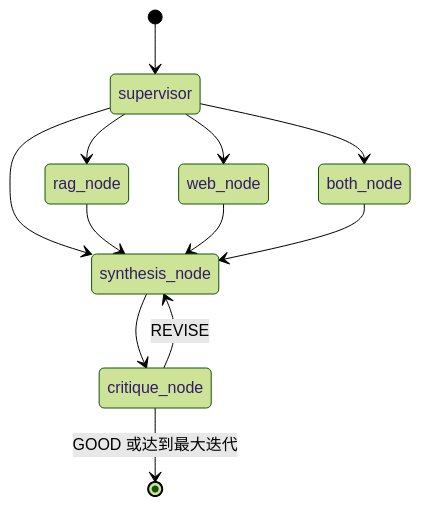
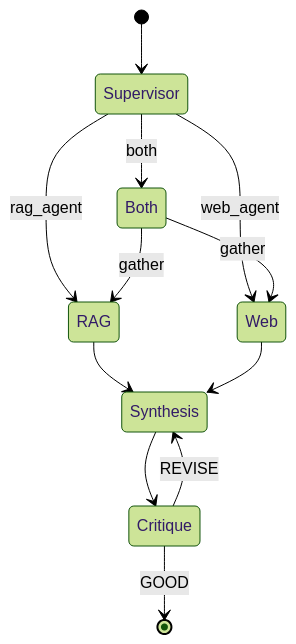
The sixth of 16 diagrams in docs/omnirag_learning_doc.md (asfhkkkvh/agent), drawn with Mermaid (forest theme) before and after one commit. The commit also changed other lines of this file and 23 other files, not shown here.

First line of the commit message:
feat: LLM 迁移智谱 GLM + 移除知识图谱 + RAGAS 改轻量评估

````diff
--- a/docs/omnirag_learning_doc.md
+++ b/docs/omnirag_learning_doc.md
@@ -552,14 +605,14 @@
 ```mermaid
 stateDiagram-v2
-    [*] --> supervisor
-    supervisor --> rag_node
-    supervisor --> web_node
-    supervisor --> both_node
-    supervisor --> synthesis_node
-    rag_node --> synthesis_node
-    web_node --> synthesis_node
-    both_node --> synthesis_node
-    synthesis_node --> critique_node
-    critique_node --> synthesis_node: REVISE
-    critique_node --> [*]: GOOD 或达到最大迭代
+    [*] --> Supervisor
+    Supervisor --> RAG : rag_agent
+    Supervisor --> Web : web_agent
+    Supervisor --> Both : both
+    Both --> RAG : gather
+    Both --> Web : gather
+    RAG --> Synthesis
+    Web --> Synthesis
+    Synthesis --> Critique
+    Critique --> Synthesis : REVISE
+    Critique --> [*] : GOOD
 ```
````
